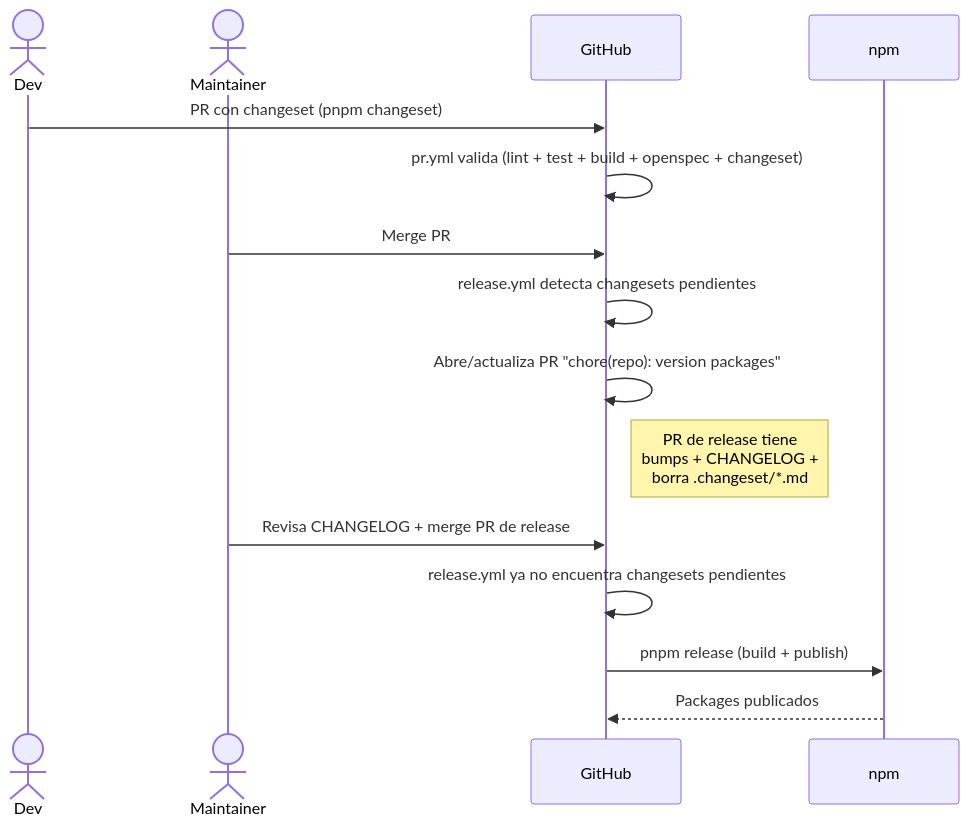
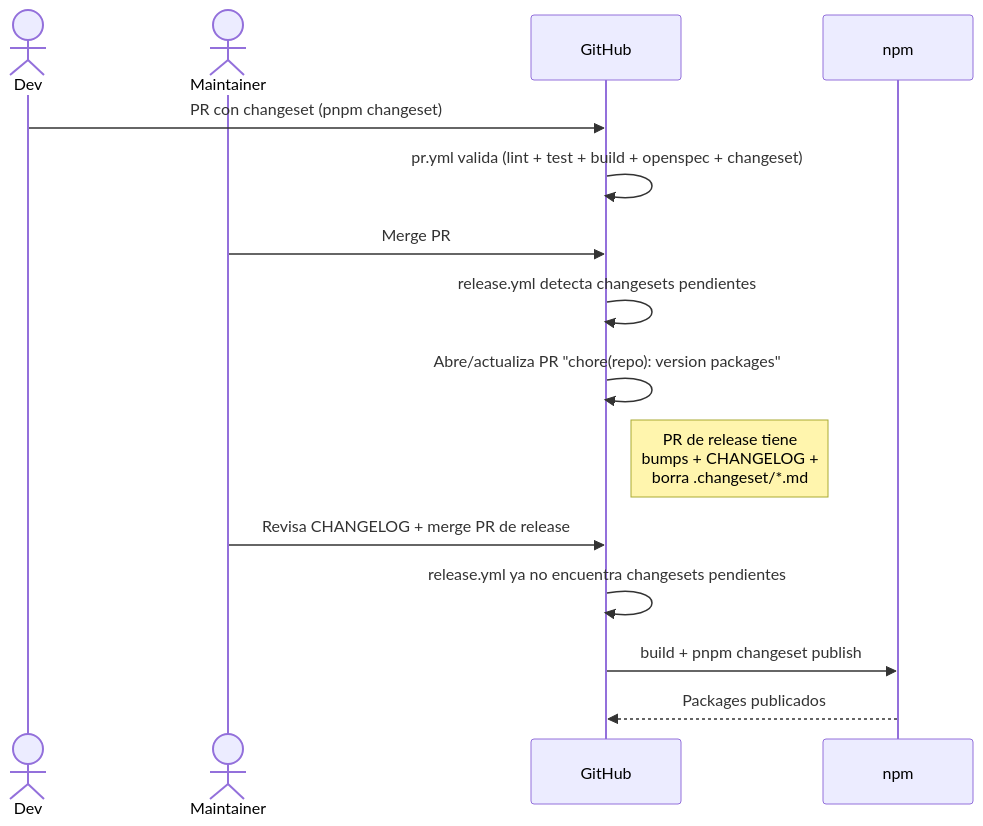
The diagram in CONTRIBUTING.md (roman-martini/design-system), drawn with Mermaid before and after one commit. The commit also changed other lines of this file and 26 other files, not shown here.

````diff
--- a/CONTRIBUTING.md
+++ b/CONTRIBUTING.md
@@ -149,18 +166,18 @@
 ```mermaid
 sequenceDiagram
     actor Dev
     actor Maintainer
     participant GH as GitHub
     participant NPM as npm
 
     Dev->>GH: PR con changeset (pnpm changeset)
     GH->>GH: pr.yml valida (lint + test + build + openspec + changeset)
     Maintainer->>GH: Merge PR
     GH->>GH: release.yml detecta changesets pendientes
     GH->>GH: Abre/actualiza PR "chore(repo): version packages"
     Note right of GH: PR de release tiene<br/>bumps + CHANGELOG +<br/>borra .changeset/*.md
     Maintainer->>GH: Revisa CHANGELOG + merge PR de release
     GH->>GH: release.yml ya no encuentra changesets pendientes
-    GH->>NPM: pnpm release (build + publish)
+    GH->>NPM: build + pnpm changeset publish
     NPM-->>GH: Packages publicados
 ```
````
